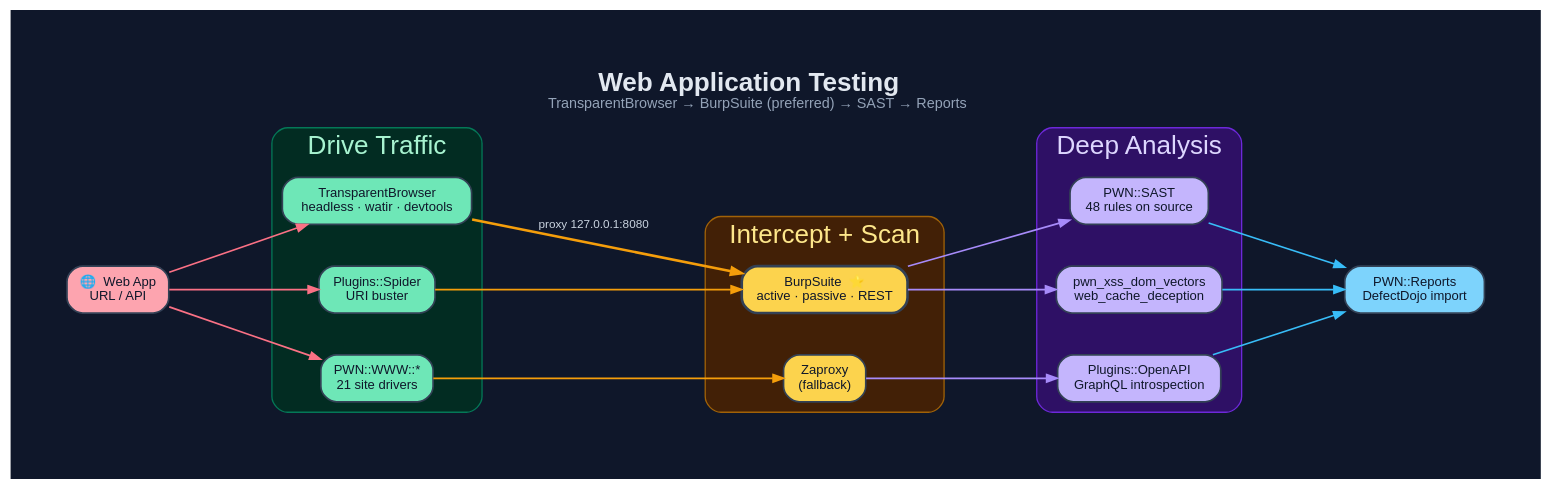
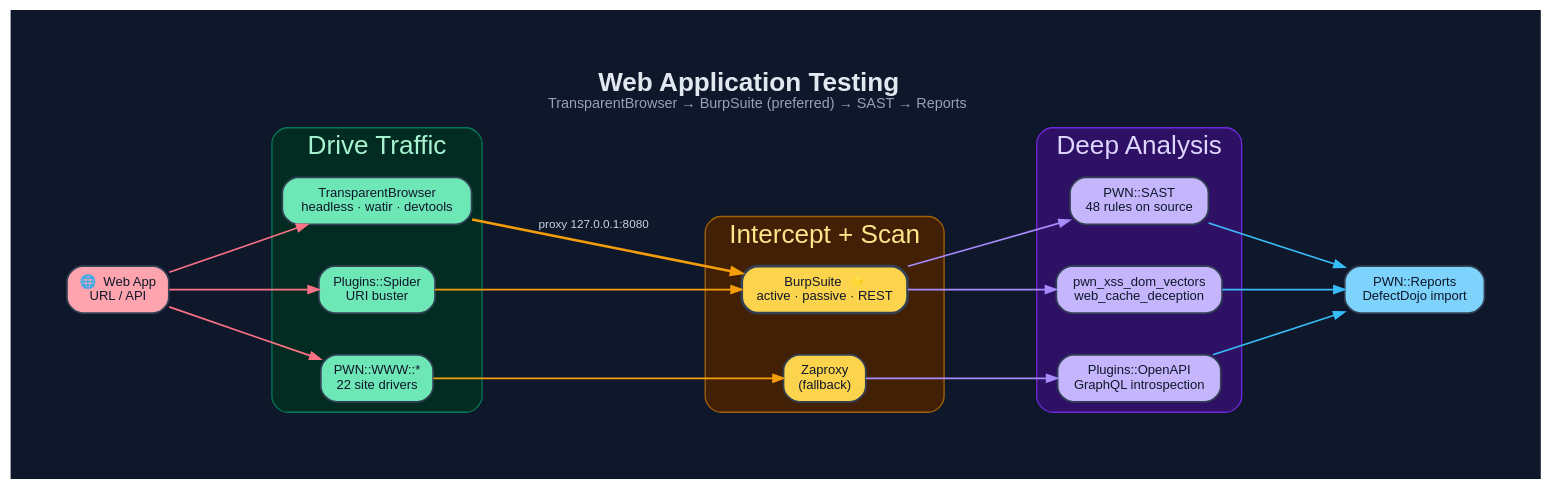
The diagram in documentation/diagrams/dot/web-application-testing.dot (0dayInc/pwn), drawn with Graphviz before and after one commit. The commit also changed 37 other files, not shown here.

Commit message:
Added PWN::WWW::GitHub module and removed PWN::AI::RedTeam::ModelDenialOfService module - too expensive / exhausts tokens too quickly.

```diff
--- a/documentation/diagrams/dot/web-application-testing.dot
+++ b/documentation/diagrams/dot/web-application-testing.dot
@@ -1,49 +1,49 @@
 digraph "PWN_Web" {
   graph [
     label=<<B>Web Application Testing</B><BR/><FONT POINT-SIZE="11" COLOR="#94a3b8">TransparentBrowser → BurpSuite (preferred) → SAST → Reports</FONT>>,
     labelloc=t, fontsize=20, fontname="Helvetica",
     rankdir=LR, splines=spline, nodesep=0.45, ranksep=1.2,
     bgcolor="#0f172a", fontcolor="#e2e8f0", pad=0.6, newrank=true
   ];
   node [fontname="Helvetica", fontsize=10, style="filled,rounded",
         shape=box, penwidth=1.3, color="#334155", fontcolor="#0f172a"];
   edge [fontname="Helvetica", fontsize=9, color="#94a3b8",
         fontcolor="#cbd5e1", penwidth=1.3, arrowsize=0.8];
 
   Target [label="🌐  Web App\nURL / API", fillcolor="#fda4af"];
 
   subgraph cluster_drive {
     label="Drive Traffic"; fontcolor="#a7f3d0"; style=rounded;
     color="#047857"; bgcolor="#022c22";
     TB     [label="TransparentBrowser\nheadless · watir · devtools", fillcolor="#6ee7b7"];
     Spider [label="Plugins::Spider\nURI buster",                     fillcolor="#6ee7b7"];
-    WWW    [label="PWN::WWW::*\n21 site drivers",                    fillcolor="#6ee7b7"];
+    WWW    [label="PWN::WWW::*\n22 site drivers",                    fillcolor="#6ee7b7"];
   }
   subgraph cluster_proxy {
     label="Intercept + Scan"; fontcolor="#fde68a"; style=rounded;
     color="#a16207"; bgcolor="#422006";
     Burp [label="BurpSuite  ⭐\nactive · passive · REST", fillcolor="#fcd34d", penwidth=2];
     Zap  [label="Zaproxy\n(fallback)",                    fillcolor="#fcd34d"];
   }
   subgraph cluster_deep {
     label="Deep Analysis"; fontcolor="#ddd6fe"; style=rounded;
     color="#6d28d9"; bgcolor="#2e1065";
     SAST [label="PWN::SAST\n48 rules on source",     fillcolor="#c4b5fd"];
     XSS  [label="pwn_xss_dom_vectors\nweb_cache_deception", fillcolor="#c4b5fd"];
     API  [label="Plugins::OpenAPI\nGraphQL introspection",  fillcolor="#c4b5fd"];
   }
   Report [label="PWN::Reports\nDefectDojo import", fillcolor="#7dd3fc"];
 
   Target -> TB     [color="#fb7185"];
   Target -> Spider [color="#fb7185"];
   Target -> WWW    [color="#fb7185"];
   TB     -> Burp   [label="proxy 127.0.0.1:8080", color="#f59e0b", penwidth=2];
   Spider -> Burp   [color="#f59e0b"];
   WWW    -> Zap    [color="#f59e0b"];
   Burp   -> SAST   [color="#a78bfa"];
   Burp   -> XSS    [color="#a78bfa"];
   Zap    -> API    [color="#a78bfa"];
   SAST   -> Report [color="#38bdf8"];
   XSS    -> Report [color="#38bdf8"];
   API    -> Report [color="#38bdf8"];
 }
```
